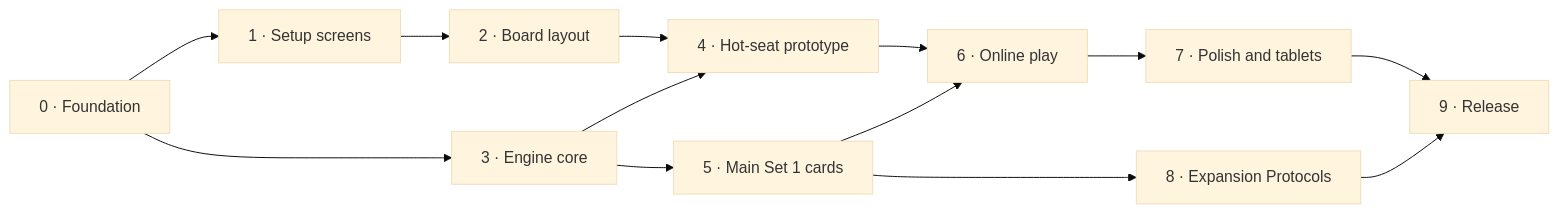
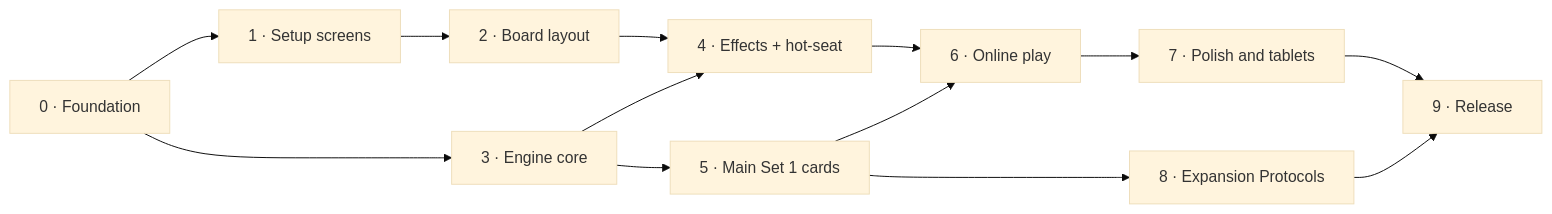
One commit to mcraigtyler/ReCompile changed the first of 2 diagrams in docs/plan.md. Above: the diagram before and after it, drawn with Mermaid (base theme). The commit also changed other lines of this file and 1 other file, not shown here.

First line of the commit message:
Plan: split Phase 4 into hot-seat, effects engine, and effects UI; add undo

````diff
--- a/docs/plan.md
+++ b/docs/plan.md
@@ -14,15 +14,15 @@
 ```mermaid
 flowchart LR
   P0[0 · Foundation] --> P1[1 · Setup screens]
   P1 --> P2[2 · Board layout]
   P0 --> P3[3 · Engine core]
-  P2 --> P4[4 · Hot-seat prototype]
+  P2 --> P4[4 · Effects + hot-seat]
   P3 --> P4
   P3 --> P5[5 · Main Set 1 cards]
   P4 --> P6[6 · Online play]
   P5 --> P6
   P6 --> P7[7 · Polish and tablets]
   P5 --> P8[8 · Expansion Protocols]
   P7 --> P9[9 · Release]
   P8 --> P9
 ```
````
